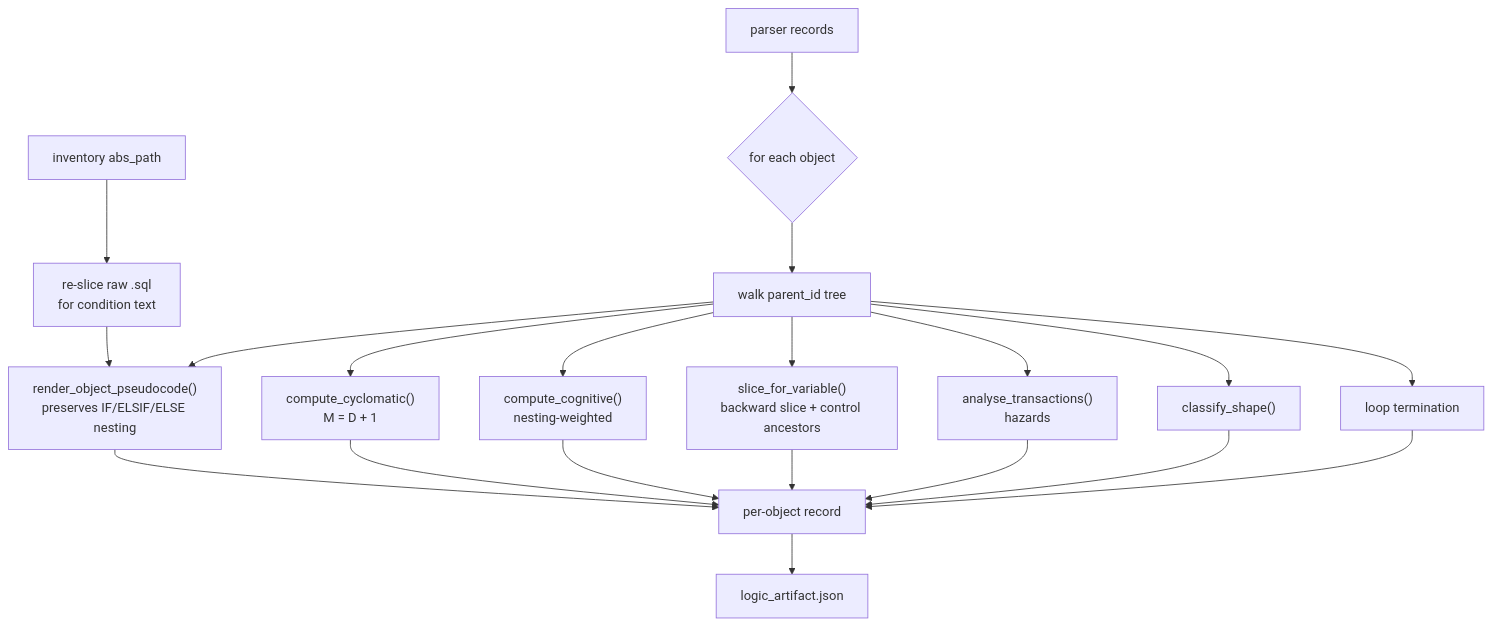
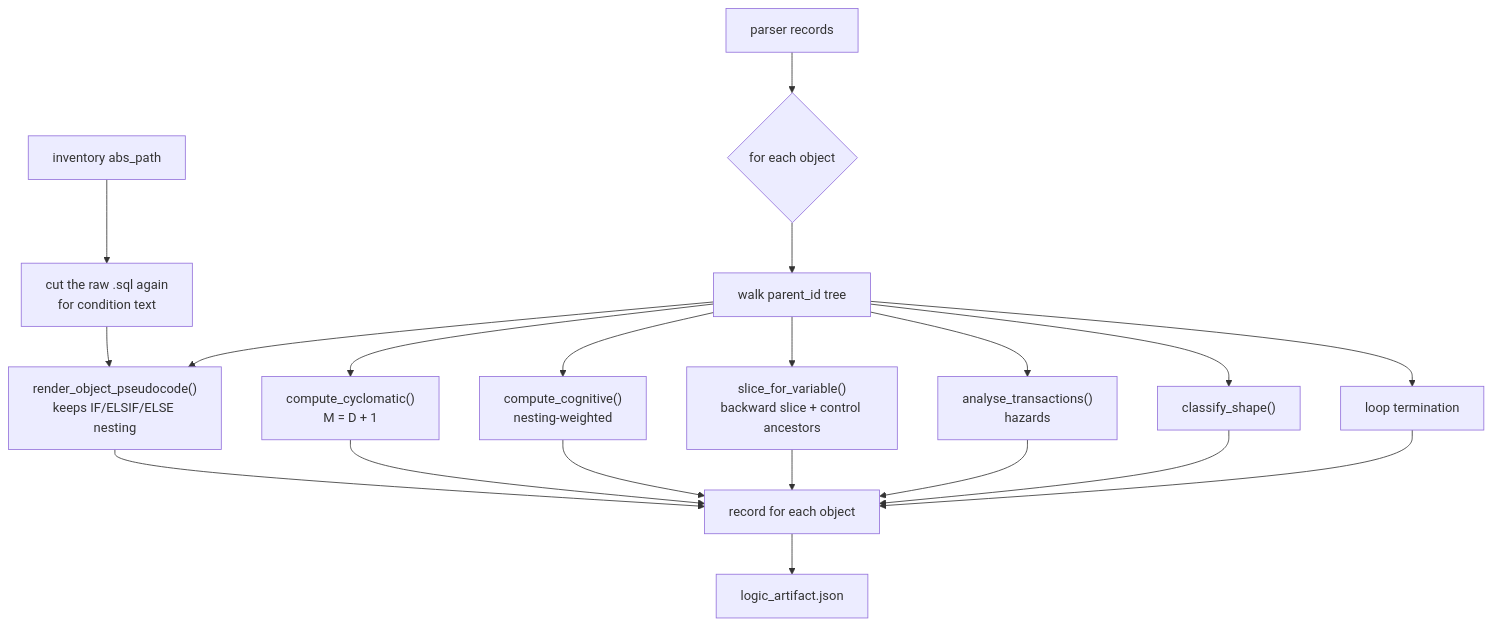
Before and after one commit to KrishnaAnnavaram/statute: diagram 12 of 17 in README.md, drawn with Mermaid. The commit also changed other lines of this file and 1 other file, not shown here.

````diff
--- a/README.md
+++ b/README.md
@@ -541,22 +712,22 @@
 ```mermaid
 flowchart TD
     PAR["parser records"] --> LOOP{"for each object"}
-    INV["inventory abs_path"] --> SRC["re-slice raw .sql<br/>for condition text"]
+    INV["inventory abs_path"] --> SRC["cut the raw .sql again<br/>for condition text"]
     LOOP --> TREE["walk parent_id tree"]
     SRC --> PSEUDO
-    TREE --> PSEUDO["render_object_pseudocode()<br/>preserves IF/ELSIF/ELSE nesting"]
+    TREE --> PSEUDO["render_object_pseudocode()<br/>keeps IF/ELSIF/ELSE nesting"]
     TREE --> CYC["compute_cyclomatic()<br/>M = D + 1"]
     TREE --> COG["compute_cognitive()<br/>nesting-weighted"]
     TREE --> SLICE["slice_for_variable()<br/>backward slice + control ancestors"]
     TREE --> TX["analyse_transactions()<br/>hazards"]
     TREE --> SHAPE["classify_shape()"]
     TREE --> LOOPS["loop termination"]
-    PSEUDO --> REC["per-object record"]
+    PSEUDO --> REC["record for each object"]
     CYC --> REC
     COG --> REC
     SLICE --> REC
     TX --> REC
     SHAPE --> REC
     LOOPS --> REC
     REC --> ART["logic_artifact.json"]
 ```
````
